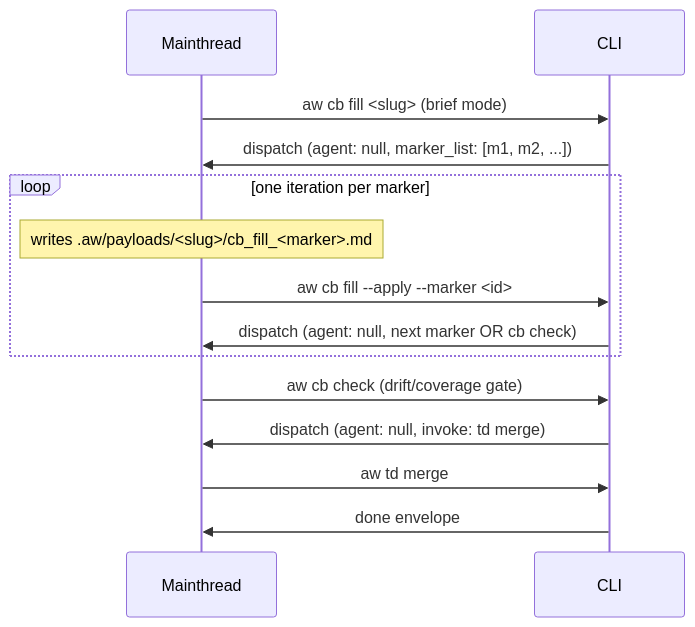
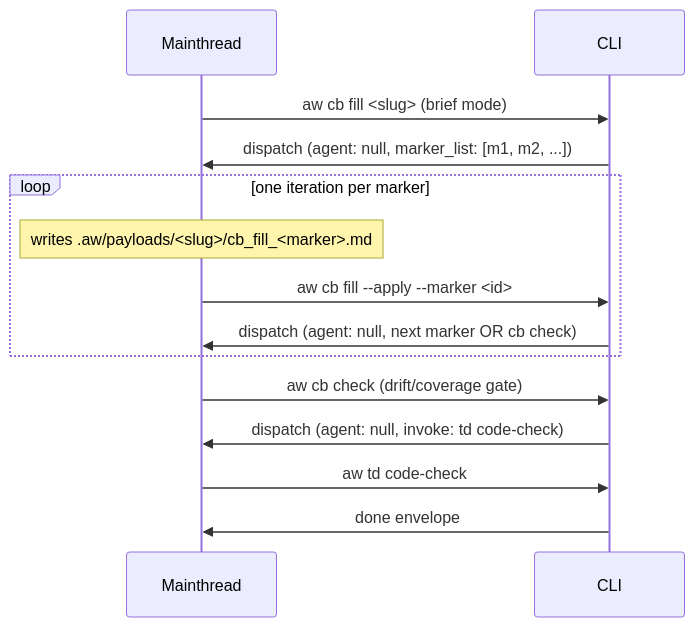
Before and after one commit to chrischeng-c4/axiom: the second of 2 diagrams in projects/agentic-workflow/tech-design/surface/specs/aw-mainthread-phase-2-skill-rewrite-and-agent-delete.md, drawn with Mermaid. The commit also changed other lines of this file and 65 other files, not shown here.

````diff
--- a/projects/agentic-workflow/tech-design/surface/specs/aw-mainthread-phase-2-skill-rewrite-and-agent-delete.md
+++ b/projects/agentic-workflow/tech-design/surface/specs/aw-mainthread-phase-2-skill-rewrite-and-agent-delete.md
@@ -75,54 +75,54 @@
 ```mermaid
 ---
 id: mainthread-only-cb-fill-loop
 actors:
   - id: Mainthread
     kind: actor
   - id: CLI
     kind: system
 messages:
   - from: Mainthread
     to: CLI
     name: score_cb_fill_brief
   - from: CLI
     to: Mainthread
     name: dispatch_marker_list
     returns: DispatchEnvelope
   - from: Mainthread
     to: Mainthread
     name: write_marker_payload
   - from: Mainthread
     to: CLI
     name: score_cb_fill_apply_marker
   - from: CLI
     to: Mainthread
     name: dispatch_next_marker_or_check
     returns: DispatchEnvelope
   - from: Mainthread
     to: CLI
     name: score_cb_check
   - from: CLI
     to: Mainthread
-    name: dispatch_td_merge
+    name: dispatch_td_code_check
     returns: DispatchEnvelope
   - from: Mainthread
     to: CLI
-    name: score_td_merge
+    name: score_td_code_check
   - from: CLI
     to: Mainthread
     name: done_envelope
     returns: DoneEnvelope
 ---
 sequenceDiagram
     Mainthread->>CLI: aw cb fill <slug> (brief mode)
     CLI->>Mainthread: dispatch (agent: null, marker_list: [m1, m2, ...])
     loop one iteration per marker
         Note over Mainthread: writes .aw/payloads/<slug>/cb_fill_<marker>.md
         Mainthread->>CLI: aw cb fill --apply --marker <id>
         CLI->>Mainthread: dispatch (agent: null, next marker OR cb check)
     end
     Mainthread->>CLI: aw cb check (drift/coverage gate)
-    CLI->>Mainthread: dispatch (agent: null, invoke: td merge)
-    Mainthread->>CLI: aw td merge
+    CLI->>Mainthread: dispatch (agent: null, invoke: td code-check)
+    Mainthread->>CLI: aw td code-check
     CLI->>Mainthread: done envelope
 ```
````
